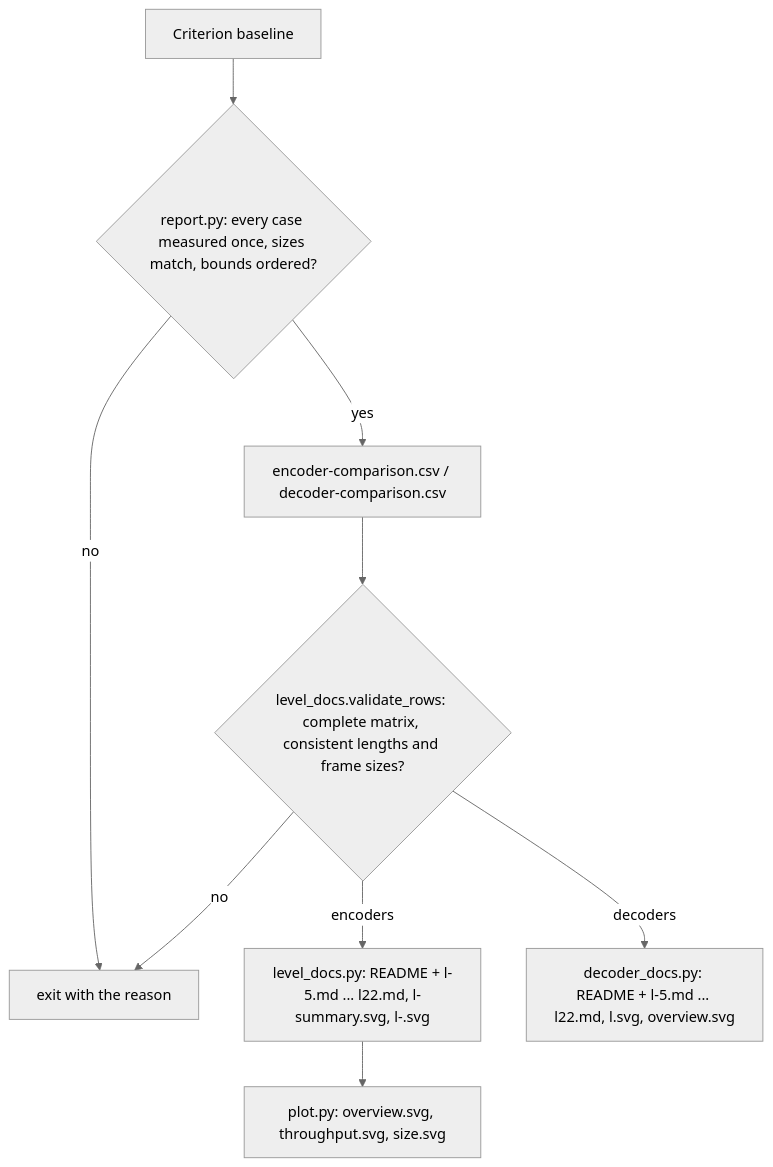
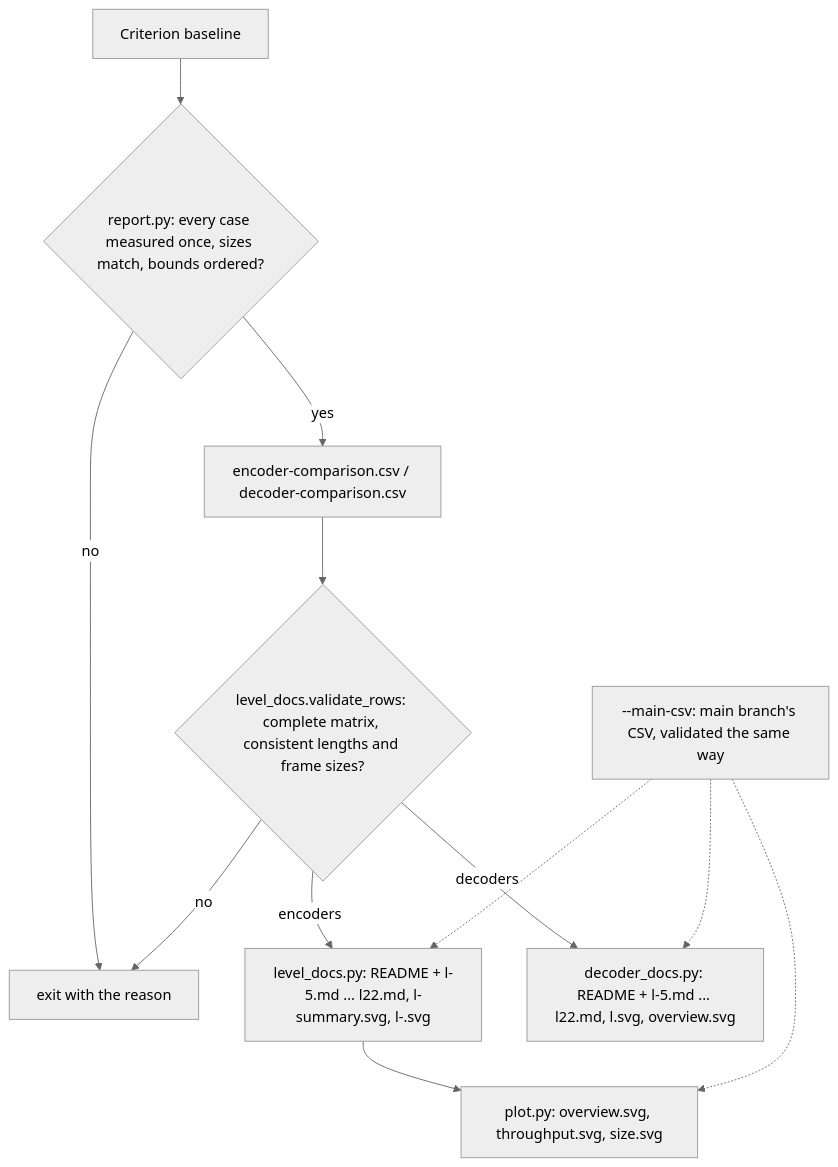
The fourth of 4 diagrams in architecture/benchmarking.md (M-Compressors/mzstd), drawn with Mermaid (neutral theme) before and after one commit. The commit also changed other lines of this file and 369 other files, not shown here.

````diff
--- a/architecture/benchmarking.md
+++ b/architecture/benchmarking.md
@@ -129,11 +139,14 @@
 ```mermaid
 flowchart TD
     Run[Criterion baseline] --> Collect{report.py: every case measured once, sizes match, bounds ordered?}
     Collect -->|no| Fail[exit with the reason]
     Collect -->|yes| Csv["encoder-comparison.csv / decoder-comparison.csv"]
     Csv --> Validate{level_docs.validate_rows: complete matrix, consistent lengths and frame sizes?}
     Validate -->|no| Fail
     Validate -->|encoders| Enc["level_docs.py: README + l-5.md ... l22.md, l<level>-summary.svg, l<level>-<dataset>.svg"]
     Enc --> Plot["plot.py: overview.svg, throughput.svg, size.svg"]
     Validate -->|decoders| Dec["decoder_docs.py: README + l-5.md ... l22.md, l<level>.svg, overview.svg"]
+    Main["--main-csv: main branch's CSV, validated the same way"] -.-> Enc
+    Main -.-> Plot
+    Main -.-> Dec
 ```
````
